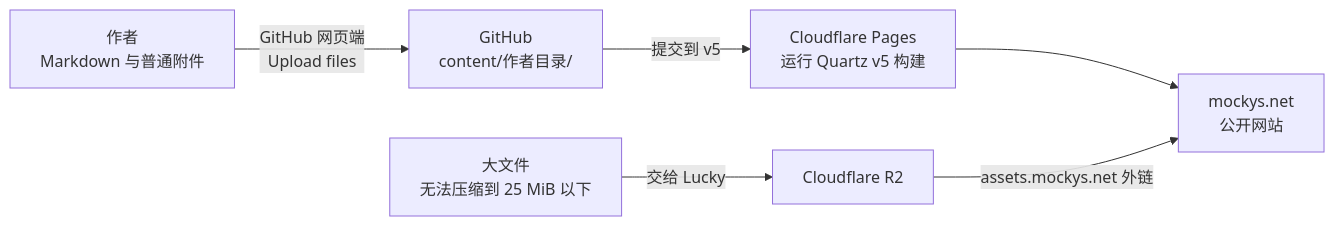
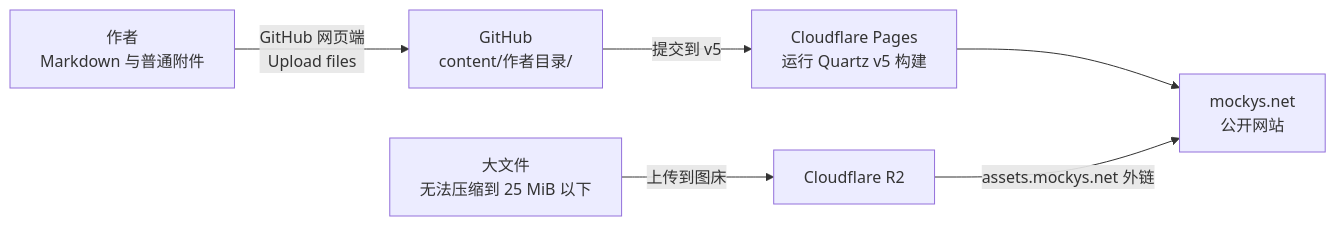
One commit to LuckytoeUSTC/Mockys_Blog changed the diagram in README.md. Above: the diagram before and after it, drawn with Mermaid. The commit also changed other lines of this file, not shown here.

````diff
--- a/README.md
+++ b/README.md
@@ -11,8 +11,8 @@
 ```mermaid
 flowchart LR
     A["作者<br/>Markdown 与普通附件"] -->|"GitHub 网页端<br/>Upload files"| B["GitHub<br/>content/作者目录/"]
     B -->|"提交到 v5"| C["Cloudflare Pages<br/>运行 Quartz v5 构建"]
     C --> D["mockys.net<br/>公开网站"]
-    E["大文件<br/>无法压缩到 25 MiB 以下"] -->|"交给 Lucky"| F["Cloudflare R2"]
+    E["大文件<br/>无法压缩到 25 MiB 以下"] -->|"上传到图床"| F["Cloudflare R2"]
     F -->|"assets.mockys.net 外链"| D
 ```
````
